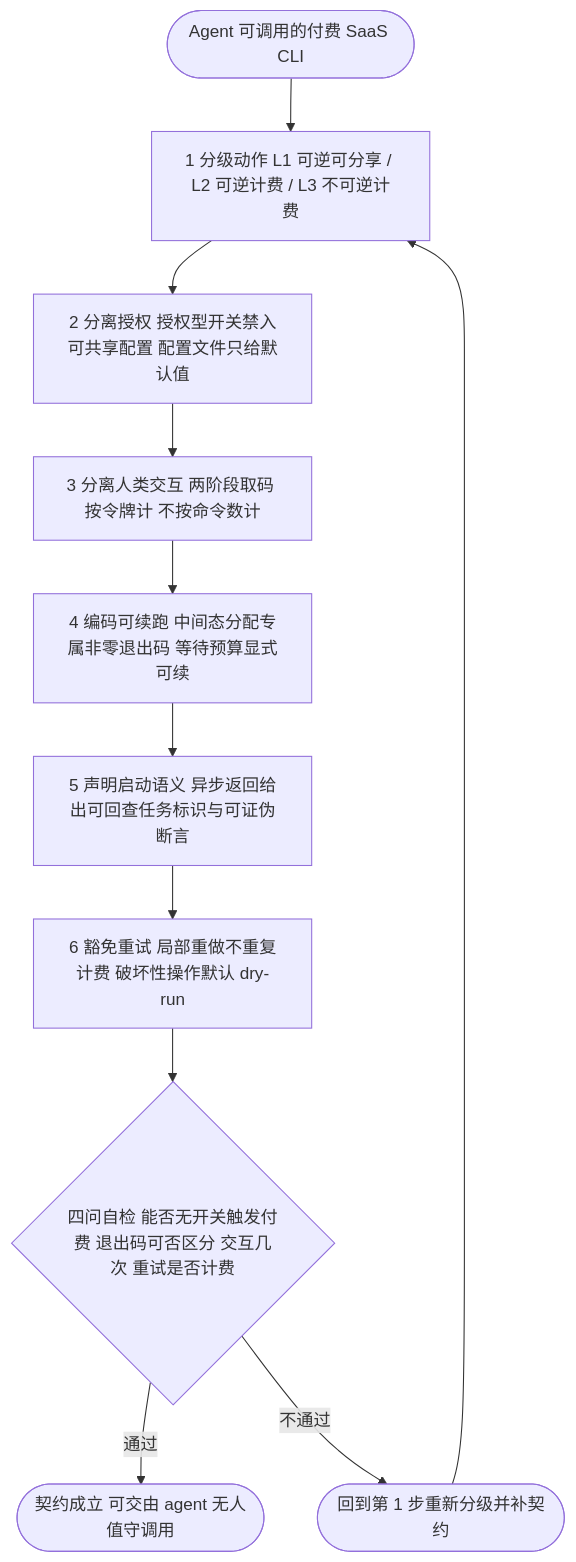
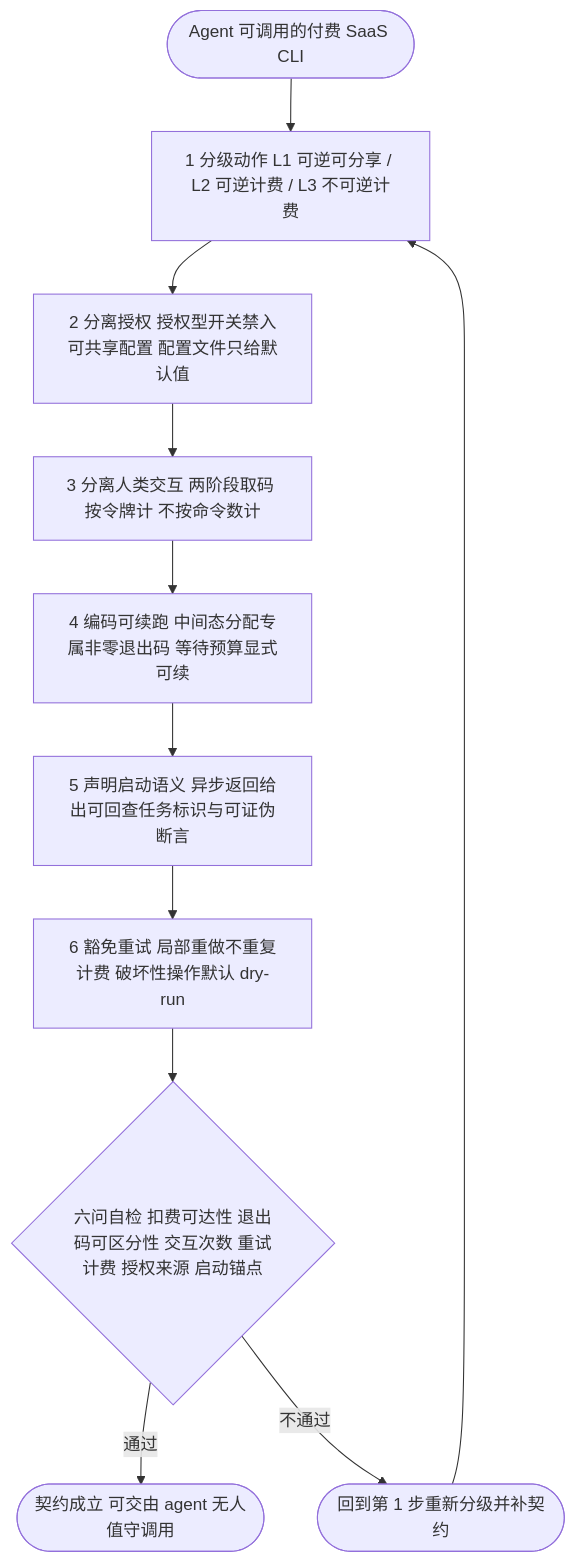
One commit to xinetzone/SpecWeave changed the diagram in docs/retrospective/patterns/methodology-patterns/tools-automation/agent-cli-charge-authority-resume.md. Above: the diagram before and after it, drawn with Mermaid. The commit also changed 4 other files, not shown here.

````diff
--- a/docs/retrospective/patterns/methodology-patterns/tools-automation/agent-cli-charge-authority-resume.md
+++ b/docs/retrospective/patterns/methodology-patterns/tools-automation/agent-cli-charge-authority-resume.md
@@ -139,13 +139,13 @@
 ```mermaid
 flowchart TD
     Start(["Agent 可调用的付费 SaaS CLI"]) --> S1["1 分级动作 L1 可逆可分享 / L2 可逆计费 / L3 不可逆计费"]
     S1 --> S2["2 分离授权 授权型开关禁入可共享配置 配置文件只给默认值"]
     S2 --> S3["3 分离人类交互 两阶段取码 按令牌计 不按命令数计"]
     S3 --> S4["4 编码可续跑 中间态分配专属非零退出码 等待预算显式可续"]
     S4 --> S5["5 声明启动语义 异步返回给出可回查任务标识与可证伪断言"]
     S5 --> S6["6 豁免重试 局部重做不重复计费 破坏性操作默认 dry-run"]
-    S6 --> Check{"四问自检 能否无开关触发付费 退出码可否区分 交互几次 重试是否计费"}
+    S6 --> Check{"六问自检 扣费可达性 退出码可区分性 交互次数 重试计费 授权来源 启动锚点"}
     Check -->|"通过"| Pass(["契约成立 可交由 agent 无人值守调用"])
     Check -->|"不通过"| Fail(["回到第 1 步重新分级并补契约"])
     Fail --> S1
 ```
````
